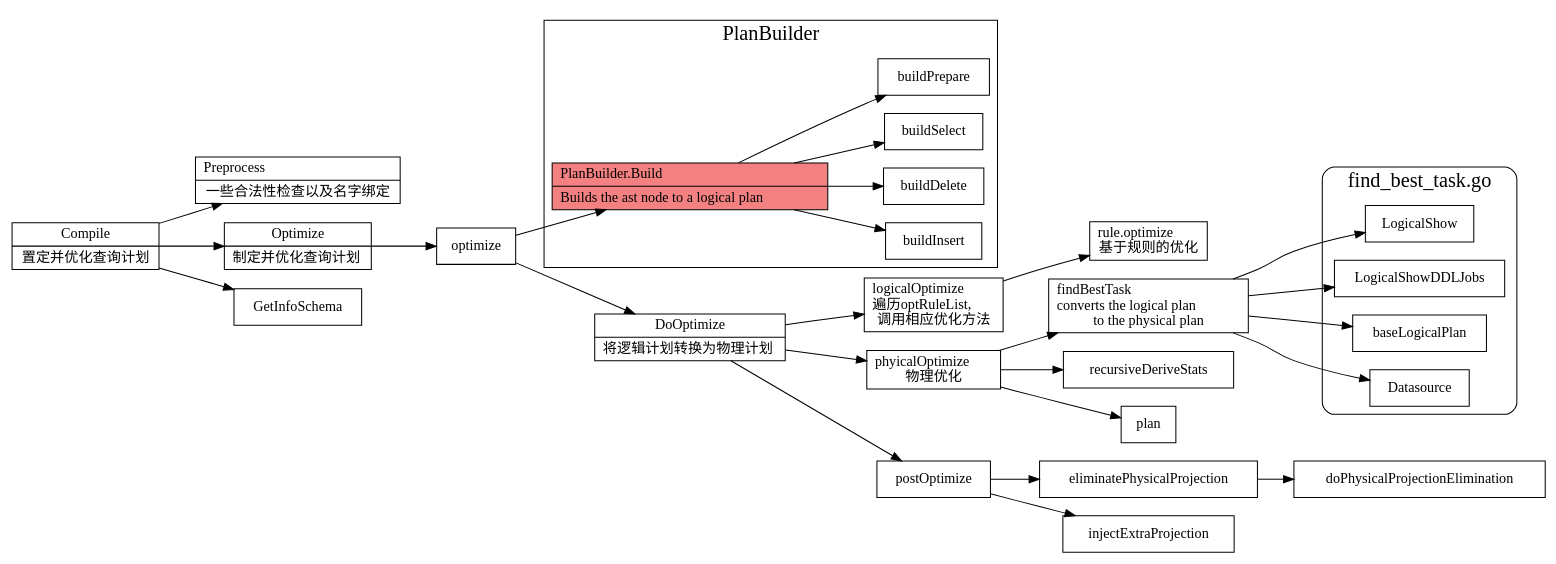
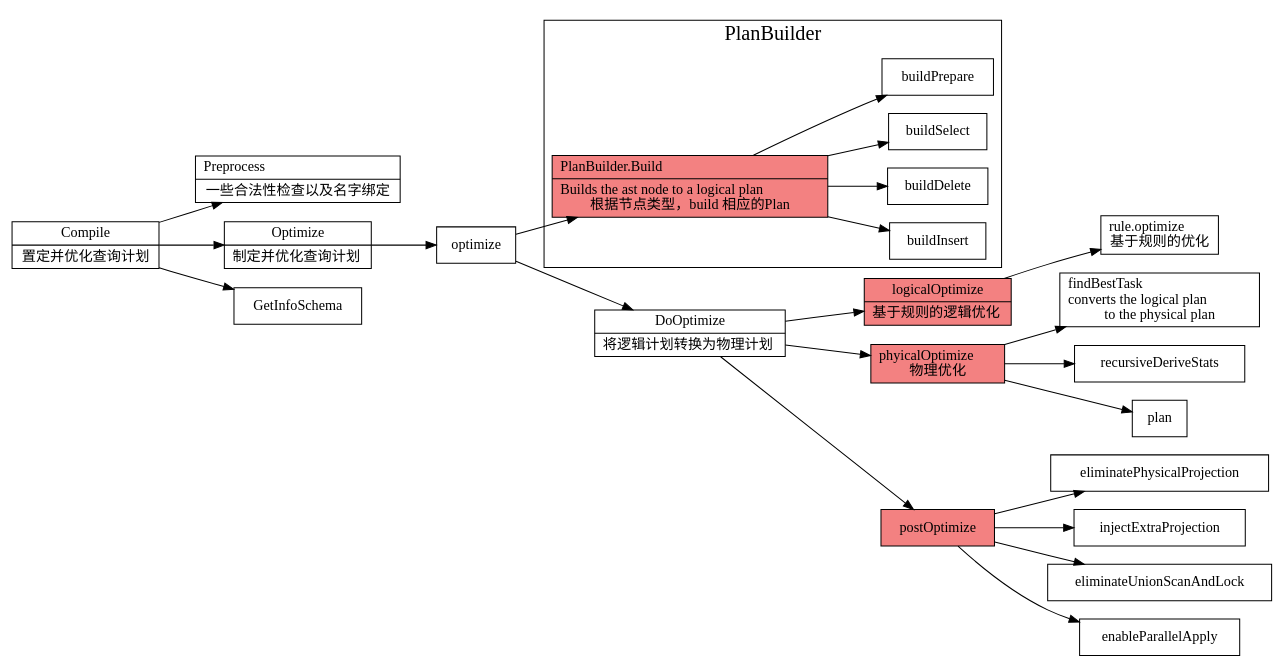
The diagram in src/tidb/dot/sql-plan.dot (xieyu/blog), drawn with Graphviz before and after one commit. The commit also changed 75 other files, not shown here.

```diff
--- a/src/tidb/dot/sql-plan.dot
+++ b/src/tidb/dot/sql-plan.dot
@@ -1,104 +1,116 @@
 digraph sql_plan {
   node[shape=box;];
   newrank=true;
   rankdir=LR;
 
   Compile[
     shape="record";
     label="{{
       Compile|
       置定并优化查询计划
     }}";
   ];
 
   Compile -> {
     Preprocess;
     Optimize;
     GetInfoSchema;
   };
   Preprocess[
     shape="record";
     label="{{
     Preprocess\l|
       一些合法性检查以及名字绑定
     }}";
   ];
 
   Optimize[
     shape="record";
     label="{{
       Optimize|
       制定并优化查询计划\l
     }}";
   ];
   DoOptimize[label="DoOptimize\loptimize a logical plan \lto a physical plan"]
   DoOptimize[
     shape="record";
     label="{{
       DoOptimize|
       将逻辑计划转换为物理计划\l
     }}";
   ];
   Optimize -> optimize;
   optimize -> {
     PlanBuilder_Build;
     DoOptimize;
   }
   subgraph cluster_PlanBuilder {
     graph[label="PlanBuilder";fontsize=20;];
     PlanBuilder_Build[
       shape="record";
       fillcolor="#f38181";
       style=filled;
       label="{{
         PlanBuilder.Build\l|
         Builds the ast node to a logical plan\l
+        根据节点类型，build 相应的Plan
       }}";
     ];
     PlanBuilder_Build -> {
       buildInsert;
       buildDelete;
       buildSelect;
       buildPrepare;
     }
   }
-  logicalOptimize[label="logicalOptimize\l遍历optRuleList, \l调用相应优化方法"]
-  phyicalOptimize[label="phyicalOptimize\l物理优化"]
+  logicalOptimize[
+    shape="record";
+    fillcolor="#f38181";
+    style=filled;
+    label="{{
+      logicalOptimize|
+      基于规则的逻辑优化\l
+    }}";
+  ];
+  phyicalOptimize[
+    shape="record";
+    fillcolor="#f38181";
+    style=filled;
+    label="{{
+    phyicalOptimize\l
+      物理优化
+    }}";
+  ];
   DoOptimize -> {
     logicalOptimize;
     phyicalOptimize;
     postOptimize;
   };
 
   // 基于规则的优化
   rule_optimize[label="rule.optimize\l基于规则的优化"];
   logicalOptimize -> rule_optimize;
   findBestTask[label="findBestTask\lconverts the logical plan \lto the physical plan"];
 
   phyicalOptimize -> {
     recursiveDeriveStats;
     findBestTask;
     plan;
   };
+  postOptimize[
+    shape="record";
+    fillcolor="#f38181";
+    style=filled;
+    label="{{
+    postOptimize
+    }}";
+  ];
 
   postOptimize -> {
     eliminatePhysicalProjection;
     injectExtraProjection;
+    eliminateUnionScanAndLock;
+    enableParallelApply;
   };
-  eliminatePhysicalProjection -> doPhysicalProjectionElimination;
 
-  subgraph cluster_find_best_task {
-    graph[label="find_best_task.go";fontsize=20;style=rounded]
-    LogicalShow;
-    LogicalShowDDLJobs;
-    baseLogicalPlan;
-    Datasource;
-  }
-
-  findBestTask -> {
-    LogicalShow;
-    LogicalShowDDLJobs;
-    baseLogicalPlan;
-    Datasource;
-  };
 }
```
